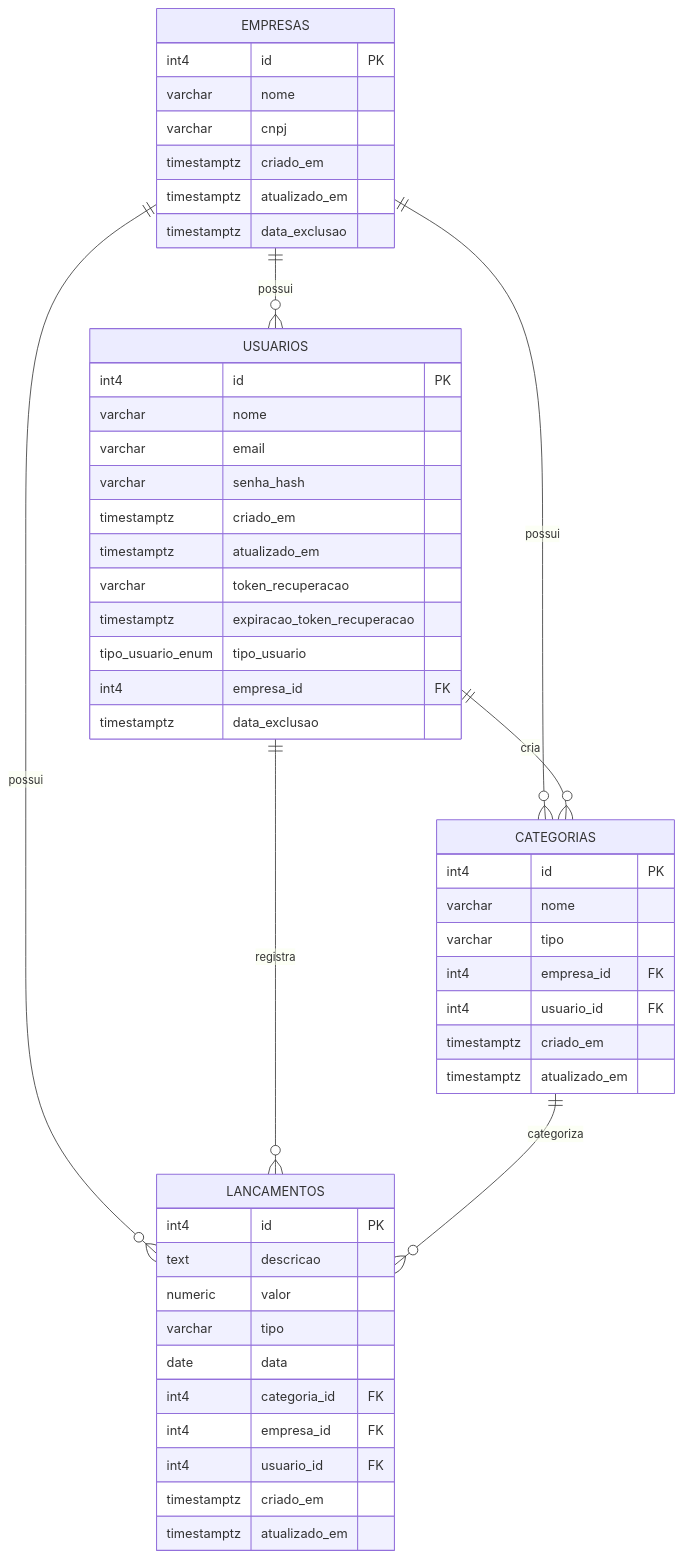
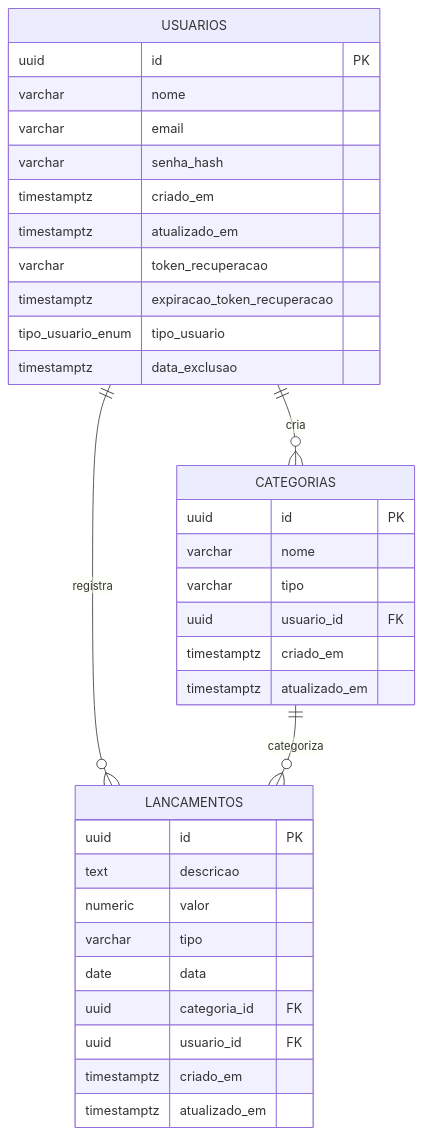
Before and after one commit to devpetry/more-money: the diagram in README.md, drawn with Mermaid. The commit also changed other lines of this file and 21 other files, not shown here.

First line of the commit message:
Refatorar: IDs em UUID, tabelas em minúsculas, sem empresas e tipo PADRAO (#29)

````diff
--- a/README.md
+++ b/README.md
@@ -197,57 +198,41 @@
 ```mermaid
 erDiagram
-    EMPRESAS {
-        int4 id PK
-        varchar nome
-        varchar cnpj
-        timestamptz criado_em
-        timestamptz atualizado_em
-        timestamptz data_exclusao
-    }
-
     USUARIOS {
-        int4 id PK
+        uuid id PK
         varchar nome
         varchar email
         varchar senha_hash
         timestamptz criado_em
         timestamptz atualizado_em
         varchar token_recuperacao
         timestamptz expiracao_token_recuperacao
         tipo_usuario_enum tipo_usuario
-        int4 empresa_id FK
         timestamptz data_exclusao
     }
 
     CATEGORIAS {
-        int4 id PK
+        uuid id PK
         varchar nome
         varchar tipo
-        int4 empresa_id FK
-        int4 usuario_id FK
+        uuid usuario_id FK
         timestamptz criado_em
         timestamptz atualizado_em
     }
 
     LANCAMENTOS {
-        int4 id PK
+        uuid id PK
         text descricao
         numeric valor
         varchar tipo
         date data
-        int4 categoria_id FK
-        int4 empresa_id FK
-        int4 usuario_id FK
+        uuid categoria_id FK
+        uuid usuario_id FK
         timestamptz criado_em
         timestamptz atualizado_em
     }
-
-    EMPRESAS ||--o{ USUARIOS : possui
-    EMPRESAS ||--o{ CATEGORIAS : possui
-    EMPRESAS ||--o{ LANCAMENTOS : possui
 
     USUARIOS ||--o{ CATEGORIAS : cria
     USUARIOS ||--o{ LANCAMENTOS : registra
 
     CATEGORIAS ||--o{ LANCAMENTOS : categoriza
 ```
````
